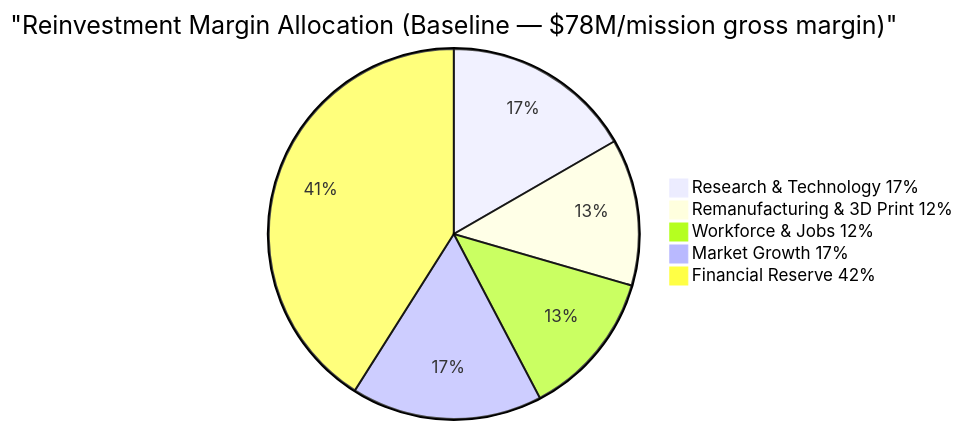
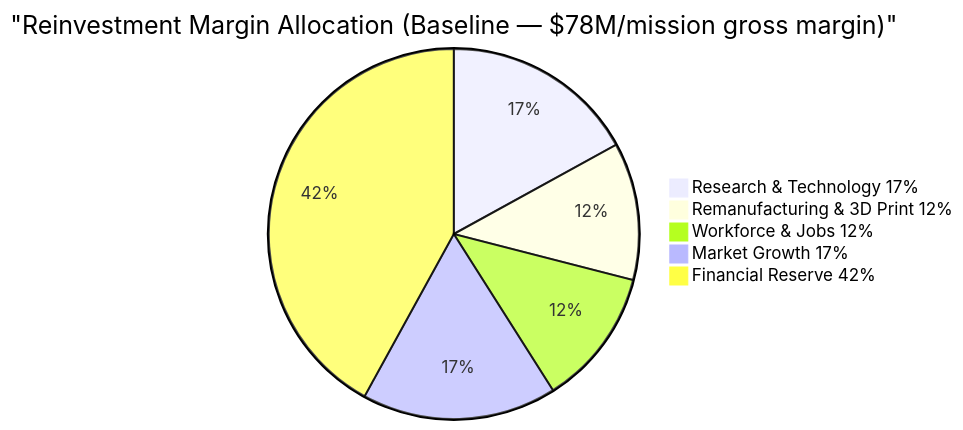
Diagram 14 of 16 in 04_PRODUCTS/SSTO_SPACEPLANE/variants/SSTO_BASELINE/lifecycle/LC01_PROBLEM_STATEMENT/KNU-SP-02-ANA-001_Propulsion_Architecture_Trade_Study.md (AmedeoPelliccia/AEROSPACEMODEL), drawn with Mermaid before and after one commit. The commit also changed other lines of this file, not shown here.

First line of the commit message:
Fix review: correct pie chart values, dev cost arithmetic, fleet metric naming, SROI consistency

````diff
--- a/04_PRODUCTS/SSTO_SPACEPLANE/variants/SSTO_BASELINE/lifecycle/LC01_PROBLEM_STATEMENT/KNU-SP-02-ANA-001_Propulsion_Architecture_Trade_Study.md
+++ b/04_PRODUCTS/SSTO_SPACEPLANE/variants/SSTO_BASELINE/lifecycle/LC01_PROBLEM_STATEMENT/KNU-SP-02-ANA-001_Propulsion_Architecture_Trade_Study.md
@@ -870,8 +870,8 @@
 ```mermaid
 pie title "Reinvestment Margin Allocation (Baseline — $78M/mission gross margin)"
-    "Research & Technology 17%" : 13
-    "Remanufacturing & 3D Print 12%" : 10
-    "Workforce & Jobs 12%" : 10
-    "Market Growth 17%" : 13
-    "Financial Reserve 42%" : 32
+    "Research & Technology 17%" : 17
+    "Remanufacturing & 3D Print 12%" : 12
+    "Workforce & Jobs 12%" : 12
+    "Market Growth 17%" : 17
+    "Financial Reserve 42%" : 42
 ```
````
